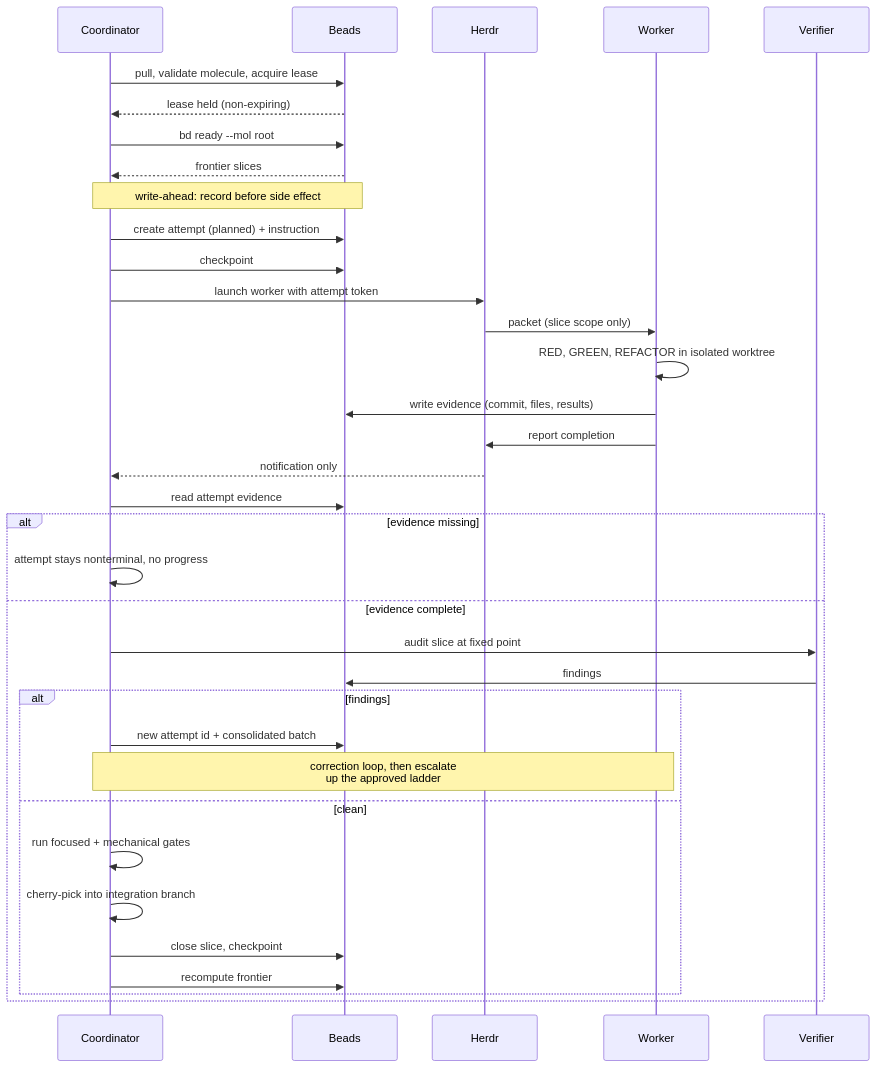
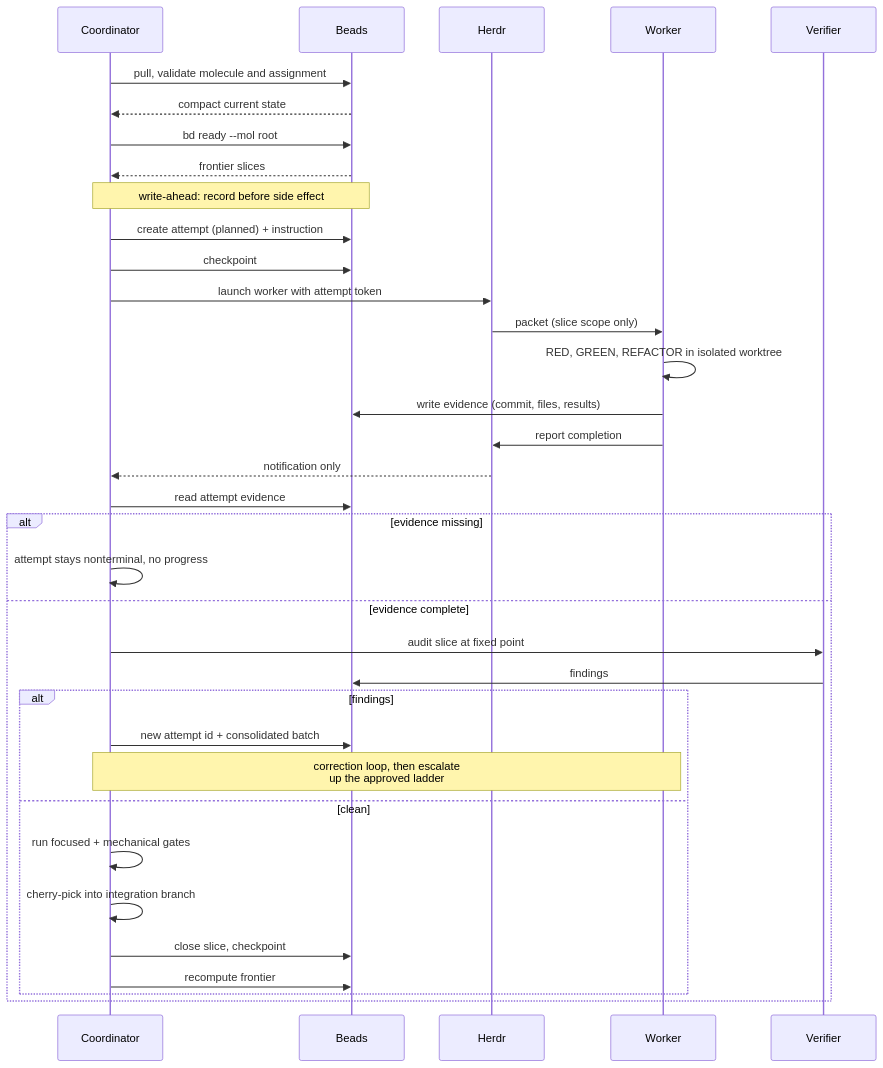
Before and after one commit to mtomcal/dotfiles: the second of 9 diagrams in shared/skills/create-engineering-plan/WORKFLOW-SHAPES.md, drawn with Mermaid. The commit also changed other lines of this file and 18 other files, not shown here.

````diff
--- a/shared/skills/create-engineering-plan/WORKFLOW-SHAPES.md
+++ b/shared/skills/create-engineering-plan/WORKFLOW-SHAPES.md
@@ -42,40 +40,40 @@
 ```mermaid
 sequenceDiagram
     participant C as Coordinator
     participant B as Beads
     participant H as Herdr
     participant W as Worker
     participant V as Verifier
 
-    C->>B: pull, validate molecule, acquire lease
-    B-->>C: lease held (non-expiring)
+    C->>B: pull, validate molecule and assignment
+    B-->>C: compact current state
     C->>B: bd ready --mol root
     B-->>C: frontier slices
 
     Note over C,B: write-ahead: record before side effect
     C->>B: create attempt (planned) + instruction
     C->>B: checkpoint
     C->>H: launch worker with attempt token
     H->>W: packet (slice scope only)
     W->>W: RED, GREEN, REFACTOR in isolated worktree
     W->>B: write evidence (commit, files, results)
     W->>H: report completion
     H-->>C: notification only
 
     C->>B: read attempt evidence
     alt evidence missing
         C->>C: attempt stays nonterminal, no progress
     else evidence complete
         C->>V: audit slice at fixed point
         V->>B: findings
         alt findings
             C->>B: new attempt id + consolidated batch
             Note over C,W: correction loop, then escalate<br/>up the approved ladder
         else clean
             C->>C: run focused + mechanical gates
             C->>C: cherry-pick into integration branch
             C->>B: close slice, checkpoint
             C->>B: recompute frontier
         end
     end
 ```
````
